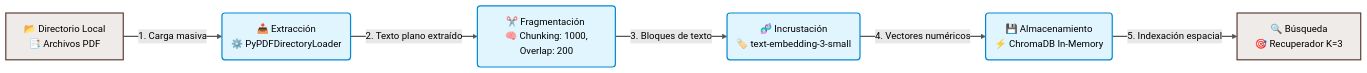
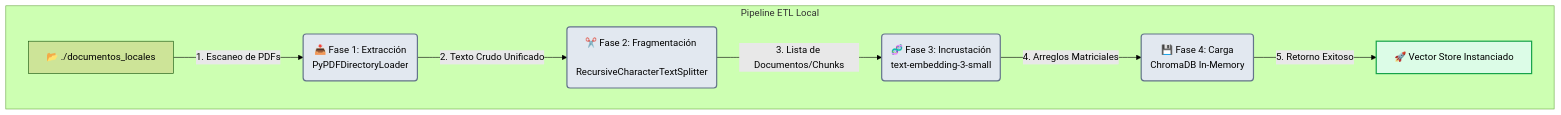
One commit to devhadson/RAG-Langchain-App-FilesPDF-Processing changed the first of 4 diagrams in README.md. Above: the diagram before and after it, drawn with Mermaid (forest theme). The commit also changed other lines of this file and 1 other file, not shown here.

````diff
--- a/README.md
+++ b/README.md
@@ -35,22 +129,18 @@
 ```mermaid
-graph LR
-    %% Configuración de Estilos Generales
-    classDef default fill:#f9f9f9,stroke:#333,stroke-width:1px;
-    classDef destacado fill:#e1f5fe,stroke:#0288d1,stroke-width:2px;
-    classDef baseDatos fill:#efebe9,stroke:#5d4037,stroke-width:2px;
+flowchart TD
+    %% Estilos de Nodos
+    classDef fase fill:#e2e8f0,stroke:#64748b,stroke-width:2px;
+    classDef exito fill:#dcfce7,stroke:#16a34a,stroke-width:2px;
+    
+    subgraph ETL_Ingesta [Pipeline ETL Local]
+        A[📂 ./documentos_locales] -->|1. Escaneo de PDFs| B(📥 Fase 1: Extracción <br> PyPDFDirectoryLoader)
+        B -->|2. Texto Crudo Unificado| C(✂️ Fase 2: Fragmentación <br> RecursiveCharacterTextSplitter)
+        C -->|3. Lista de Documentos/Chunks| D(🧬 Fase 3: Incrustación <br> text-embedding-3-small)
+        D -->|4. Arreglos Matriciales| E(💾 Fase 4: Carga <br> ChromaDB In-Memory)
+        E -->|5. Retorno Exitoso| F[🚀 Vector Store Instanciado]
+    end
 
-    %% Nodos del Flujo
-    A[📂 Directorio Local <br> 📑 Archivos PDF] -->|1. Carga masiva| B(📥 Extracción <br> ⚙️ PyPDFDirectoryLoader)
-    B -->|2. Texto plano extraído| C(✂️ Fragmentación <br> 🧠 Chunking: 1000, Overlap: 200)
-    C -->|3. Bloques de texto| D(🧬 Incrustación <br> 🏷️ text-embedding-3-small)
-    D -->|4. Vectores numéricos| E(💾 Almacenamiento <br> ⚡ ChromaDB In-Memory)
-    E -->|5. Indexación espacial| F[🔍 Búsqueda <br> 🎯 Recuperador K=3]
-
-    %% Asignación de Estilos Especiales
-    class B,C,D,E destacado;
-    class A,F baseDatos;
-
-    %% Personalización de enlaces (Aristas)
-    linkStyle default stroke:#555,stroke-width:2px,circle;
+    class B,C,D,E fase;
+    class F exito;
 
 ```
````
